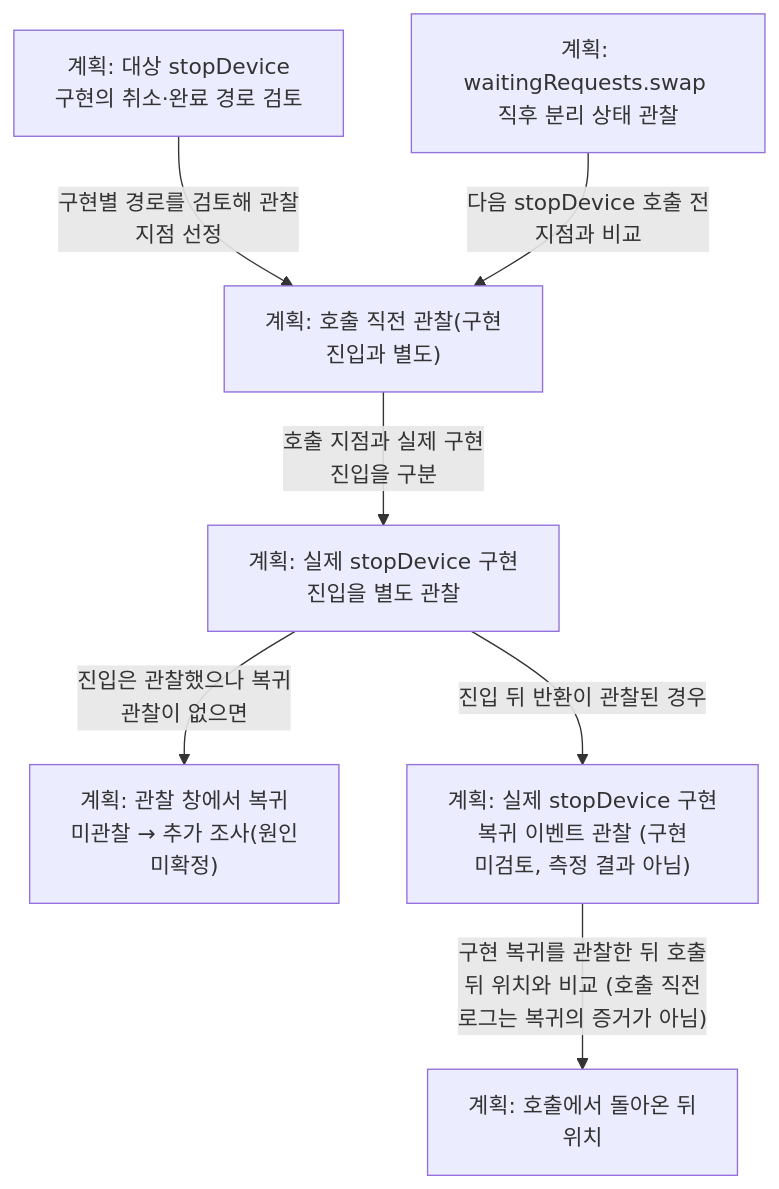
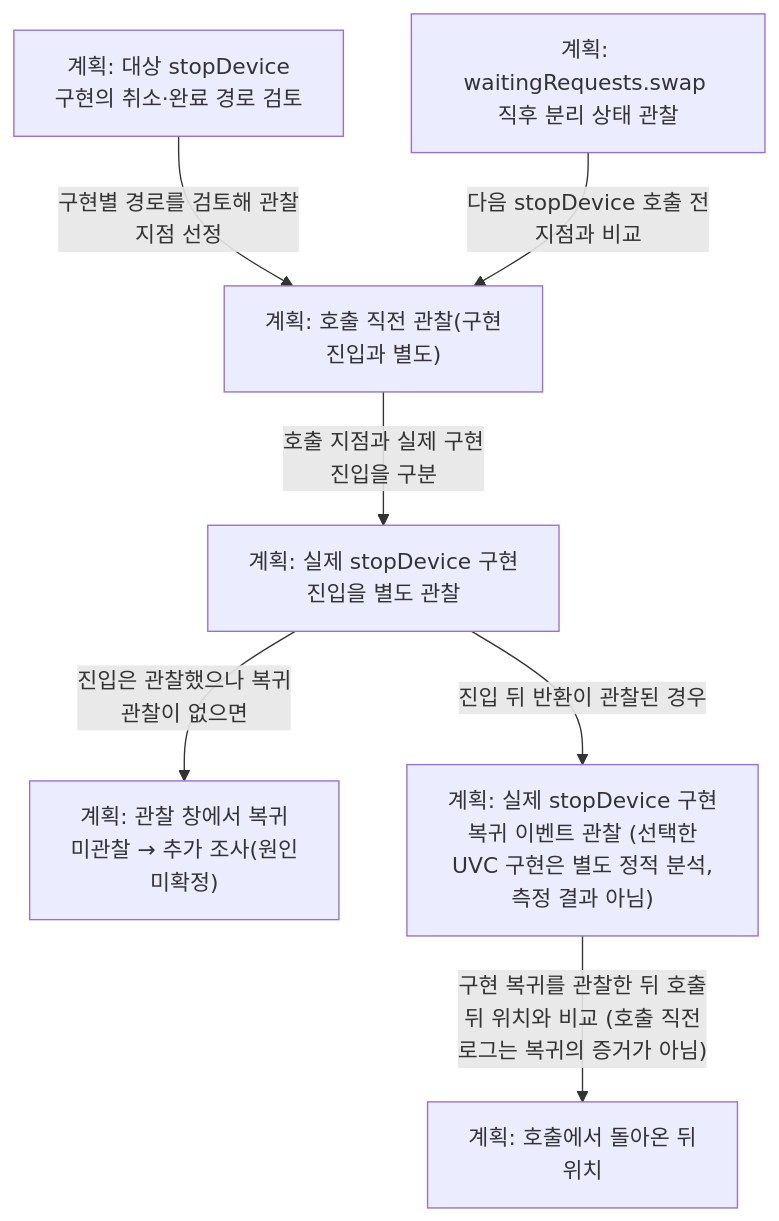
One commit to TTolsun/libcamera-sdd changed the diagram in docs/request-lifecycle.stop-device-observation-plan.mmd. Above: the diagram before and after it, drawn with Mermaid. The commit also changed 283 other files, not shown here.

```diff
--- a/docs/request-lifecycle.stop-device-observation-plan.mmd
+++ b/docs/request-lifecycle.stop-device-observation-plan.mmd
@@ -1,15 +1,15 @@
 flowchart TB
-%% sdd:translations {"계획: waitingRequests.swap <br/>직후 분리 상태 관찰": "Plan: inspect separation <br/>immediately after <br/>waitingRequests.swap", "계획: 관찰 창에서 복귀 <br/>미관찰 → 추가 조사#40;원인 <br/>미확정#41;": "Plan: no observed return in <br/>observation window → <br/>investigate; cause <br/>unresolved", "계획: 대상 stopDevice <br/>구현의 취소·완료 경로 검토": "Plan: review cancellation <br/>and completion in the <br/>target stopDevice <br/>implementation", "계획: 실제 stopDevice 구현 <br/>복귀 이벤트 관찰 #40;구현 <br/>미검토, 측정 결과 아님#41;": "Plan: observe the actual <br/>stopDevice implementation <br/>return event <br/>#40;implementation not <br/>reviewed, not a measured <br/>result#41;", "계획: 실제 stopDevice 구현 <br/>진입을 별도 관찰": "Plan: separately observe <br/>entry into the actual <br/>stopDevice implementation", "계획: 호출 직전 관찰#40;구현 <br/>진입과 별도#41;": "Plan: observe before call, <br/>separately from <br/>implementation entry", "계획: 호출에서 돌아온 뒤 <br/>위치": "Plan: source position after <br/>the call returns", "구현 복귀를 관찰한 뒤 호출 <br/>뒤 위치와 비교 #40;호출 직전 <br/>로그는 복귀의 증거가 아님#41;": "Compare with the post-call <br/>position after an observed <br/>implementation return #40;a <br/>before-call log is not <br/>evidence of return#41;", "구현별 경로를 검토해 관찰 <br/>지점 선정": "Select observation points <br/>after reviewing <br/>implementation-specific <br/>paths", "다음 stopDevice 호출 전 <br/>지점과 비교": "Compare with the position <br/>before the following <br/>stopDevice call", "진입 뒤 반환이 관찰된 경우": "If a return is observed <br/>after entry", "진입은 관찰했으나 복귀 <br/>관찰이 없으면": "If entry was observed but <br/>return was not", "호출 지점과 실제 구현 <br/>진입을 구분": "Distinguish call site from <br/>actual implementation entry"}
+%% sdd:translations {"계획: waitingRequests.swap <br/>직후 분리 상태 관찰": "Plan: inspect separation <br/>immediately after <br/>waitingRequests.swap", "계획: 관찰 창에서 복귀 <br/>미관찰 → 추가 조사#40;원인 <br/>미확정#41;": "Plan: no observed return in <br/>observation window → <br/>investigate; cause <br/>unresolved", "계획: 대상 stopDevice <br/>구현의 취소·완료 경로 검토": "Plan: review cancellation <br/>and completion in the <br/>target stopDevice <br/>implementation", "계획: 실제 stopDevice 구현 <br/>복귀 이벤트 관찰 #40;선택한 <br/>UVC 구현은 별도 정적 분석, <br/>측정 결과 아님#41;": "Plan: observe the actual <br/>stopDevice implementation <br/>return event #40;selected UVC <br/>implementation statically <br/>analysed separately; not a <br/>measured result#41;", "계획: 실제 stopDevice 구현 <br/>진입을 별도 관찰": "Plan: separately observe <br/>entry into the actual <br/>stopDevice implementation", "계획: 호출 직전 관찰#40;구현 <br/>진입과 별도#41;": "Plan: observe before call, <br/>separately from <br/>implementation entry", "계획: 호출에서 돌아온 뒤 <br/>위치": "Plan: source position after <br/>the call returns", "구현 복귀를 관찰한 뒤 호출 <br/>뒤 위치와 비교 #40;호출 직전 <br/>로그는 복귀의 증거가 아님#41;": "Compare with the post-call <br/>position after an observed <br/>implementation return #40;a <br/>before-call log is not <br/>evidence of return#41;", "구현별 경로를 검토해 관찰 <br/>지점 선정": "Select observation points <br/>after reviewing <br/>implementation-specific <br/>paths", "다음 stopDevice 호출 전 <br/>지점과 비교": "Compare with the position <br/>before the following <br/>stopDevice call", "진입 뒤 반환이 관찰된 경우": "If a return is observed <br/>after entry", "진입은 관찰했으나 복귀 <br/>관찰이 없으면": "If entry was observed but <br/>return was not", "호출 지점과 실제 구현 <br/>진입을 구분": "Distinguish call site from <br/>actual implementation entry"}
   v_review["계획: 대상 stopDevice <br/>구현의 취소·완료 경로 검토"]
   v_detach["계획: waitingRequests.swap <br/>직후 분리 상태 관찰"]
   v_before["계획: 호출 직전 관찰#40;구현 <br/>진입과 별도#41;"]
   v_call["계획: 실제 stopDevice 구현 <br/>진입을 별도 관찰"]
   v_after["계획: 호출에서 돌아온 뒤 <br/>위치"]
   v_unreturned["계획: 관찰 창에서 복귀 <br/>미관찰 → 추가 조사#40;원인 <br/>미확정#41;"]
-  v_implementation-return["계획: 실제 stopDevice 구현 <br/>복귀 이벤트 관찰 #40;구현 <br/>미검토, 측정 결과 아님#41;"]
+  v_implementation-return["계획: 실제 stopDevice 구현 <br/>복귀 이벤트 관찰 #40;선택한 <br/>UVC 구현은 별도 정적 분석, <br/>측정 결과 아님#41;"]
   v_review -->|"구현별 경로를 검토해 관찰 <br/>지점 선정"| v_before
   v_detach -->|"다음 stopDevice 호출 전 <br/>지점과 비교"| v_before
   v_before -->|"호출 지점과 실제 구현 <br/>진입을 구분"| v_call
   v_call -->|"진입 뒤 반환이 관찰된 경우"| v_implementation-return
   v_call -->|"진입은 관찰했으나 복귀 <br/>관찰이 없으면"| v_unreturned
   v_implementation-return -->|"구현 복귀를 관찰한 뒤 호출 <br/>뒤 위치와 비교 #40;호출 직전 <br/>로그는 복귀의 증거가 아님#41;"| v_after
```
